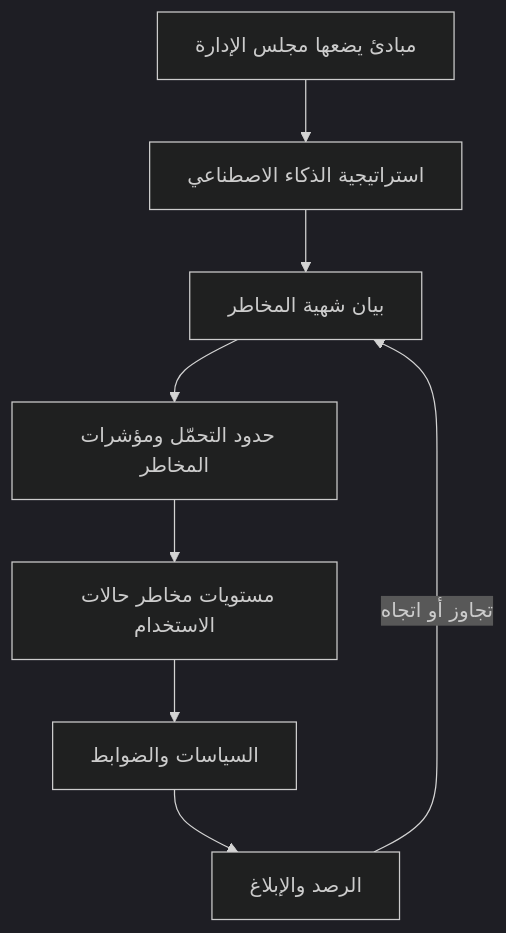
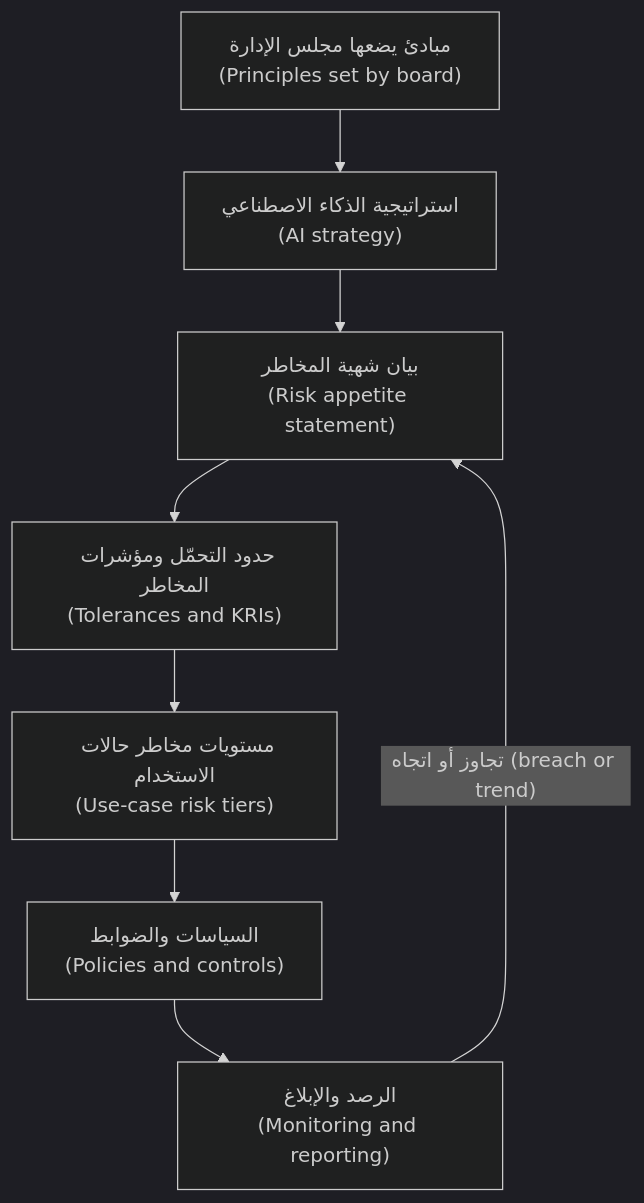
One commit to Tamoura/system-design-for-vibe-coders changed the first of 2 diagrams in aigp/modules/02-organisation.ar.md. Above: the diagram before and after it, drawn with Mermaid (dark theme). The commit also changed other lines of this file and 62 other files, not shown here.

First line of the commit message:
Arabic editions: English on every diagram label, RTL fixes, rebuild

````diff
--- a/aigp/modules/02-organisation.ar.md
+++ b/aigp/modules/02-organisation.ar.md
@@ -87,10 +87,10 @@
 ```mermaid
 flowchart TD
-    A[مبادئ يضعها مجلس الإدارة] --> B[استراتيجية الذكاء الاصطناعي]
-    B --> C[بيان شهية المخاطر]
-    C --> D[حدود التحمّل ومؤشرات المخاطر]
-    D --> E[مستويات مخاطر حالات الاستخدام]
-    E --> F[السياسات والضوابط]
-    F --> G[الرصد والإبلاغ]
-    G -->|تجاوز أو اتجاه| C
+    A["مبادئ يضعها مجلس الإدارة<br/>(Principles set by board)"] --> B["استراتيجية الذكاء الاصطناعي<br/>(AI strategy)"]
+    B --> C["بيان شهية المخاطر<br/>(Risk appetite statement)"]
+    C --> D["حدود التحمّل ومؤشرات المخاطر<br/>(Tolerances and KRIs)"]
+    D --> E["مستويات مخاطر حالات الاستخدام<br/>(Use-case risk tiers)"]
+    E --> F["السياسات والضوابط<br/>(Policies and controls)"]
+    F --> G["الرصد والإبلاغ<br/>(Monitoring and reporting)"]
+    G -->|"تجاوز أو اتجاه (breach or trend)"| C
 ```
````
